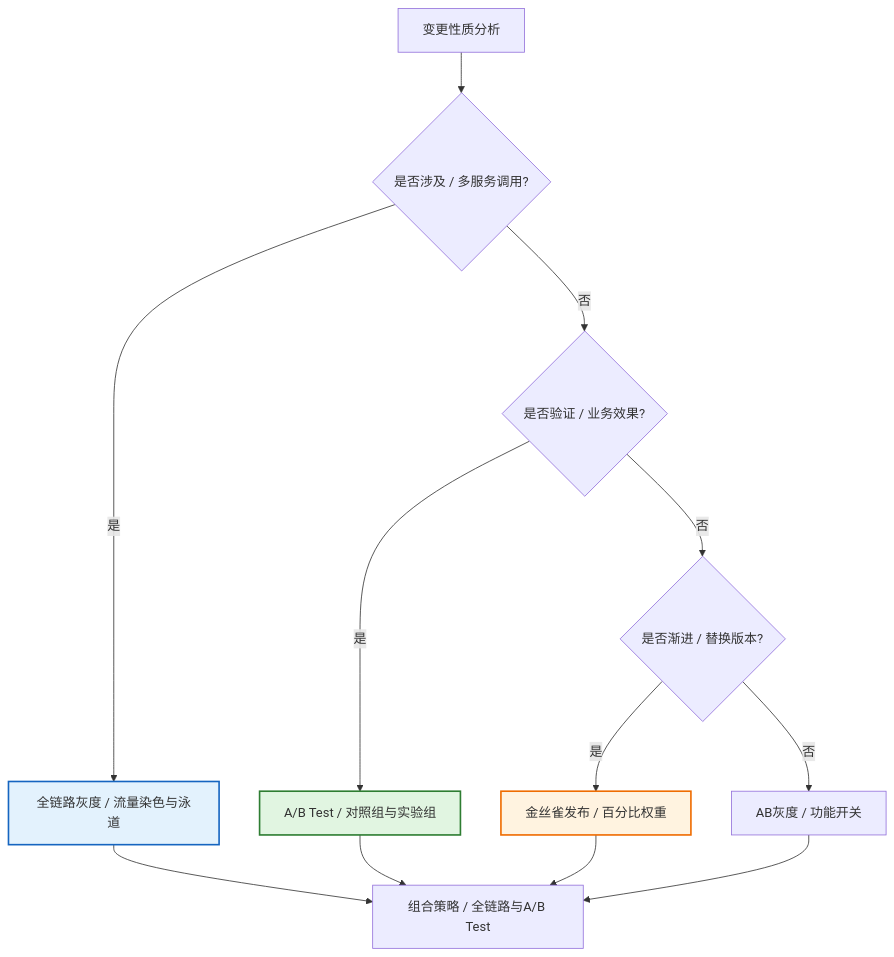
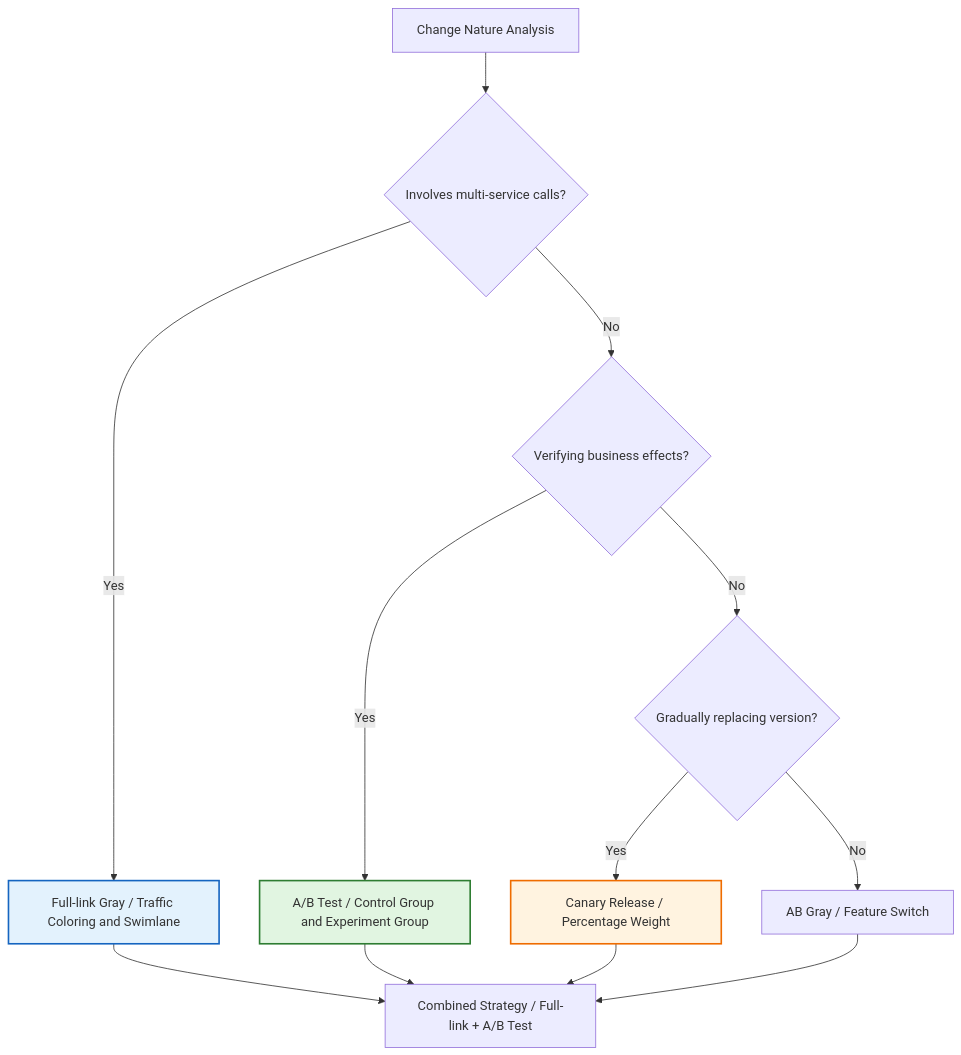
One commit to Kirky-X/cangjie changed the second of 9 diagrams in templates/产品/交付层/【模板】灰度方案.md. Above: the diagram before and after it, drawn with Mermaid. The commit also changed other lines of this file and 60 other files, not shown here.

````diff
--- a/templates/产品/交付层/【模板】灰度方案.md
+++ b/templates/产品/交付层/【模板】灰度方案.md
@@ -108,19 +108,19 @@
 ```mermaid
 flowchart TD
-    A[变更性质分析] --> B{是否涉及 / 多服务调用?}
-    B -->|是| C[全链路灰度 / 流量染色与泳道]
-    B -->|否| D{是否验证 / 业务效果?}
-    D -->|是| E[A/B Test / 对照组与实验组]
-    D -->|否| F{是否渐进 / 替换版本?}
-    F -->|是| G[金丝雀发布 / 百分比权重]
-    F -->|否| H[AB灰度 / 功能开关]
+    A[Change Nature Analysis] --> B{Involves multi-service calls?}
+    B -->|Yes| C[Full-link Gray / Traffic Coloring and Swimlane]
+    B -->|No| D{Verifying business effects?}
+    D -->|Yes| E[A/B Test / Control Group and Experiment Group]
+    D -->|No| F{Gradually replacing version?}
+    F -->|Yes| G[Canary Release / Percentage Weight]
+    F -->|No| H[AB Gray / Feature Switch]
 
-    C --> I[组合策略 / 全链路与A/B Test]
+    C --> I[Combined Strategy / Full-link + A/B Test]
     E --> I
     G --> I
     H --> I
 
     style C fill:#e3f2fd,stroke:#1565c0,stroke-width:2px
     style E fill:#e1f5e1,stroke:#2e7d32,stroke-width:2px
     style G fill:#fff3e0,stroke:#ef6c00,stroke-width:2px
 ```
````
